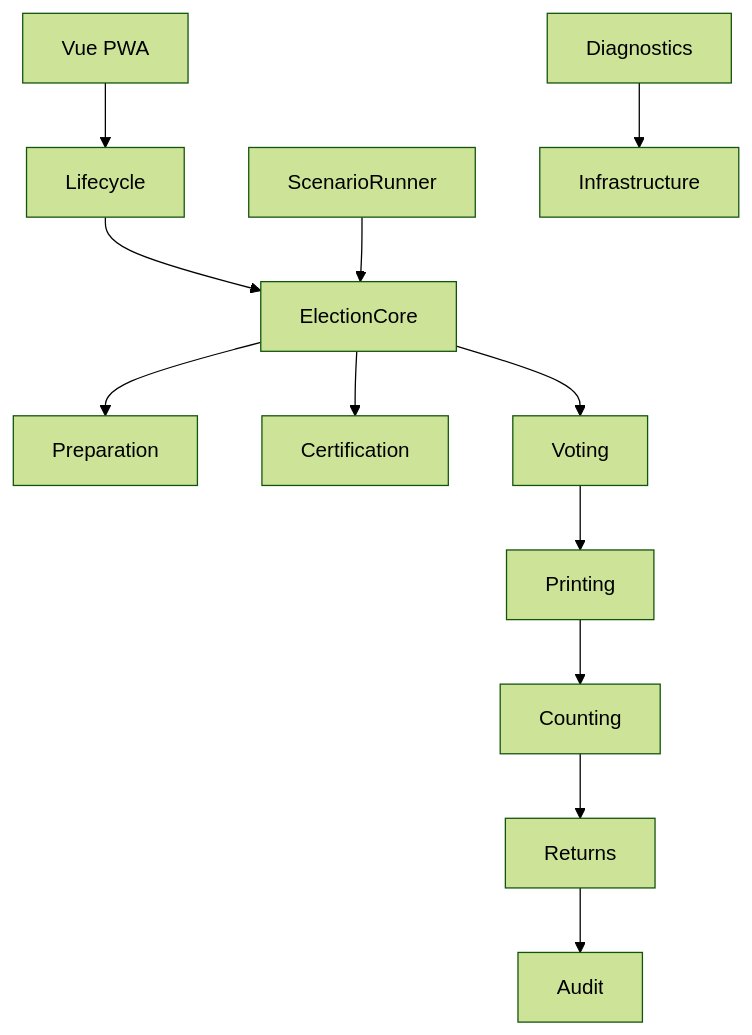
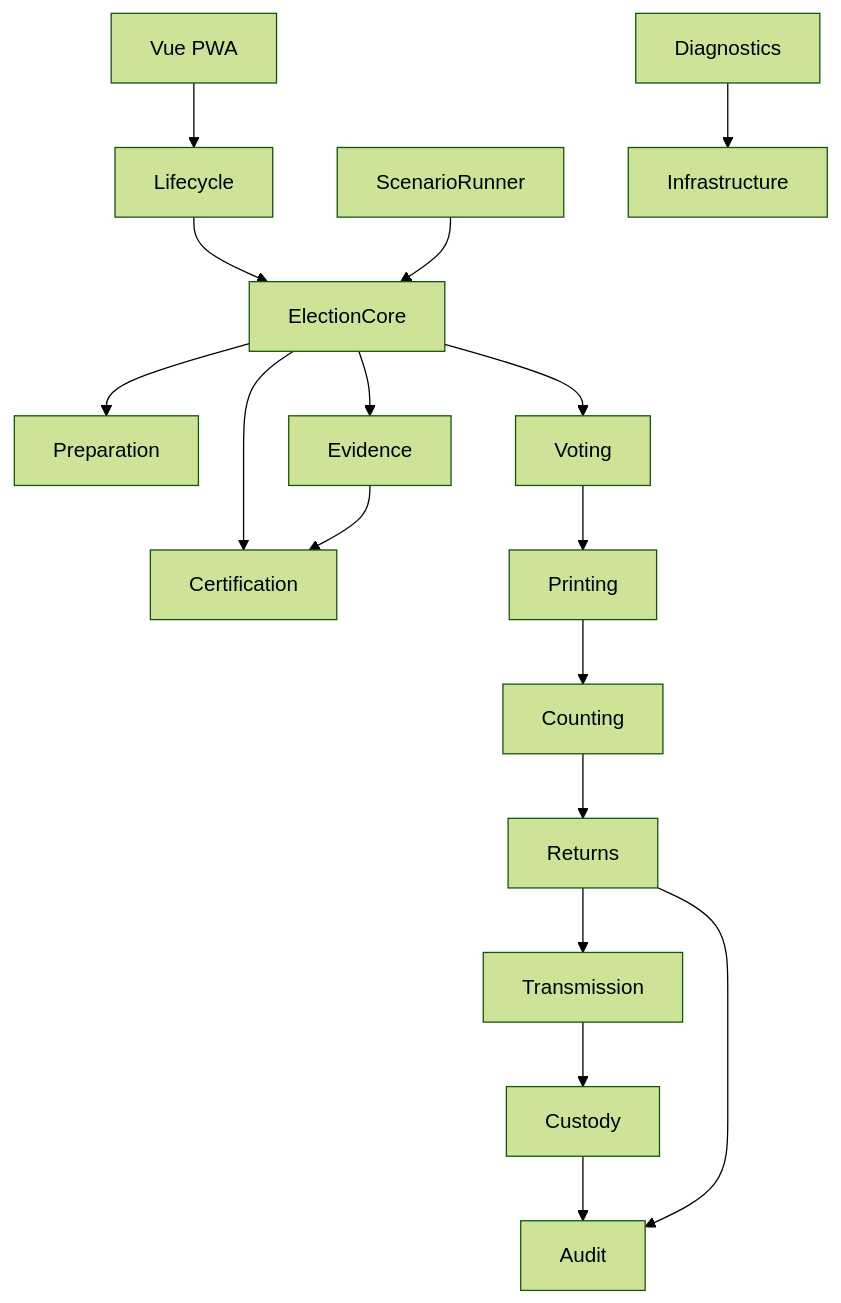
Before and after one commit to 3neti/aes: the second of 6 diagrams in docs/SYSTEM_DESIGN.md, drawn with Mermaid (forest theme). The commit also changed other lines of this file and 16 other files, not shown here.

Commit message:
feat: implement transmission and custody slice infrastructure

````diff
--- a/docs/SYSTEM_DESIGN.md
+++ b/docs/SYSTEM_DESIGN.md
@@ -84,51 +84,67 @@
 ```mermaid
 flowchart TB
 
 UI["Vue PWA"]
 
 Lifecycle
 
 ElectionCore
 
 Preparation
 
 Certification
 
 Voting
 
 Printing
 
 Counting
 
 Returns
 
+Evidence
+
+Transmission
+
+Custody
+
 Audit
 
 Diagnostics
 
 ScenarioRunner
 
 Infrastructure
 
 UI --> Lifecycle
 
 Lifecycle --> ElectionCore
 
 ElectionCore --> Preparation
 
 ElectionCore --> Certification
 
 ElectionCore --> Voting
 
+ElectionCore --> Evidence
+
 Voting --> Printing
 
 Printing --> Counting
 
 Counting --> Returns
+
+Returns --> Transmission
+
+Transmission --> Custody
+
+Evidence --> Certification
+
+Custody --> Audit
 
 Returns --> Audit
 
 ScenarioRunner --> ElectionCore
 
 Diagnostics --> Infrastructure
 ```
````
